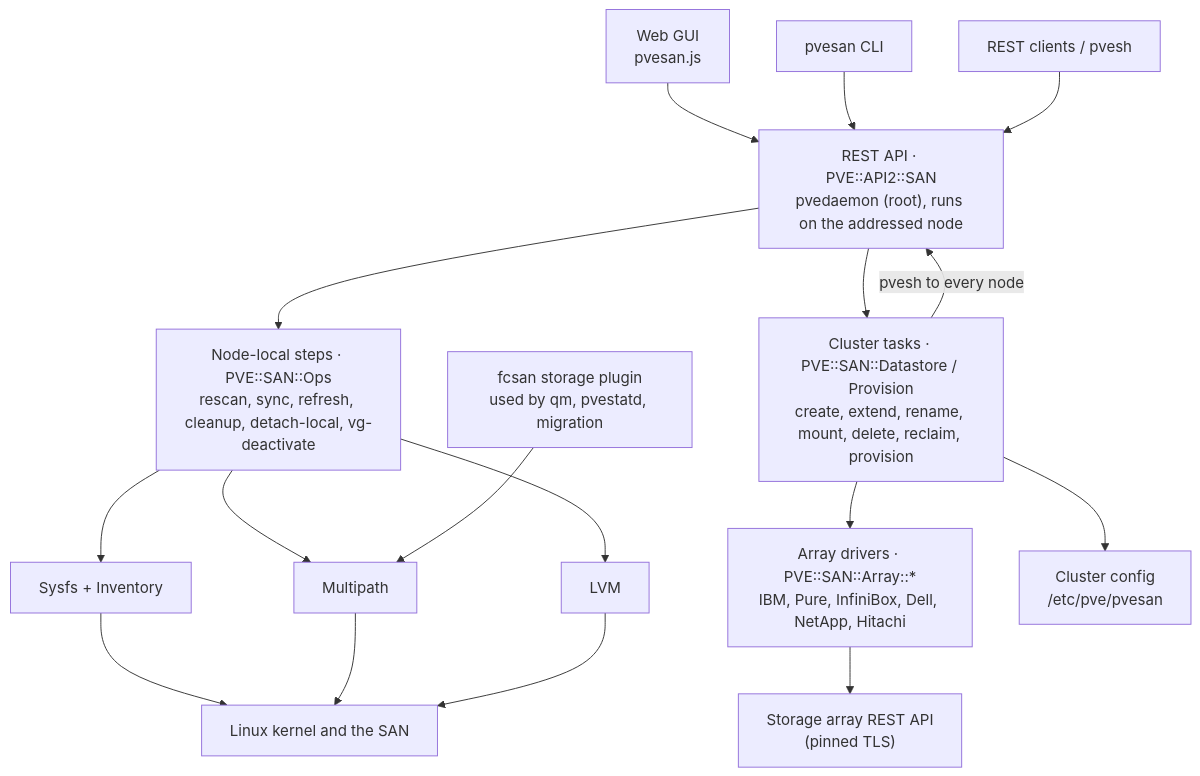
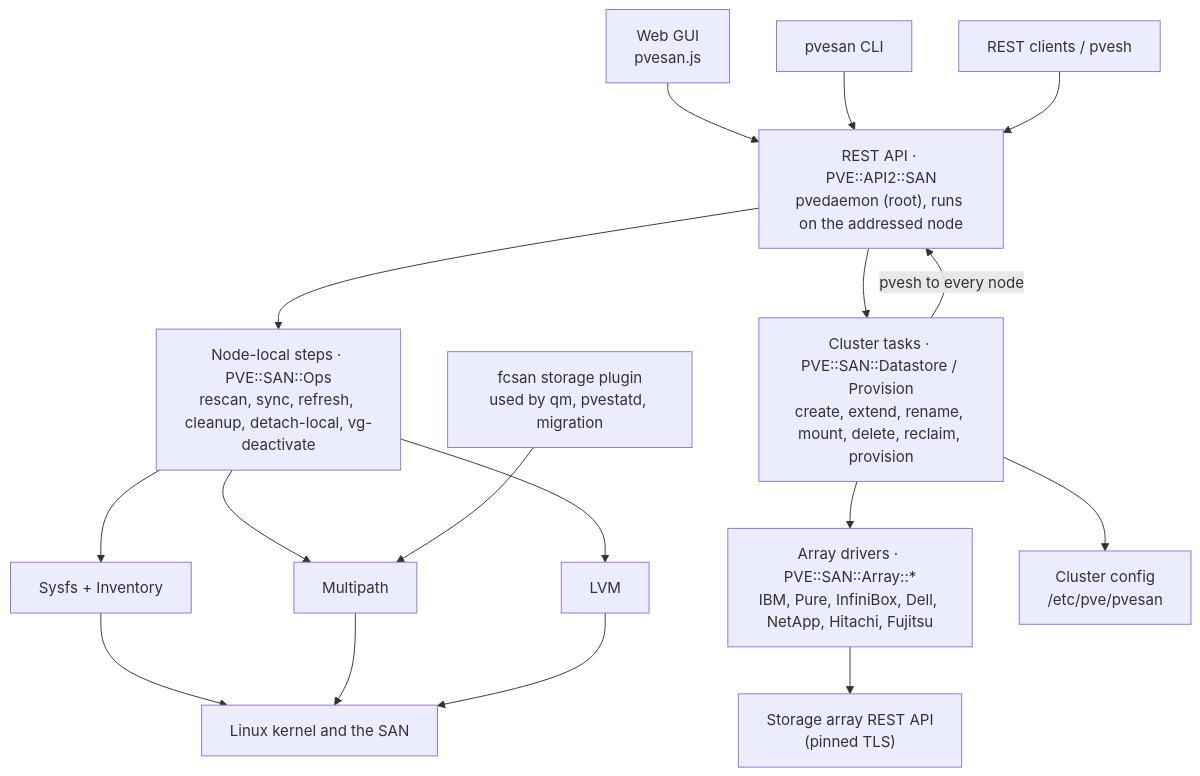
Before and after one commit to warddynamiccomputing/pve-fcsan: the diagram in docs/pvesan-How-It-Works.md, drawn with Mermaid. The commit also changed other lines of this file and 12 other files, not shown here.

First line of the commit message:
Add a Fujitsu ETERNUS DX S5 / AF S3 array driver (1.4.0)

````diff
--- a/docs/pvesan-How-It-Works.md
+++ b/docs/pvesan-How-It-Works.md
@@ -36,20 +36,20 @@
 ```mermaid
 flowchart TB
     GUI["Web GUI<br/>pvesan.js"] --> API
     CLI["pvesan CLI"] --> API
     REST["REST clients / pvesh"] --> API
     API["REST API · PVE::API2::SAN<br/>pvedaemon (root), runs on the addressed node"]
     API --> OPS["Node-local steps · PVE::SAN::Ops<br/>rescan, sync, refresh, cleanup, detach-local, vg-deactivate"]
     API --> DS["Cluster tasks · PVE::SAN::Datastore / Provision<br/>create, extend, rename, mount, delete, reclaim, provision"]
     DS -- "pvesh to every node" --> API
-    DS --> ARR["Array drivers · PVE::SAN::Array::*<br/>IBM, Pure, InfiniBox, Dell, NetApp, Hitachi"]
+    DS --> ARR["Array drivers · PVE::SAN::Array::*<br/>IBM, Pure, InfiniBox, Dell, NetApp, Hitachi, Fujitsu"]
     OPS --> SYS["Sysfs + Inventory"]
     OPS --> MP["Multipath"]
     OPS --> LVM["LVM"]
     DS --> CFG["Cluster config<br/>/etc/pve/pvesan"]
     PLUGIN["fcsan storage plugin<br/>used by qm, pvestatd, migration"] --> MP
     SYS --> K["Linux kernel and the SAN"]
     MP --> K
     LVM --> K
     ARR --> ARRAY["Storage array REST API<br/>(pinned TLS)"]
 ```
````
